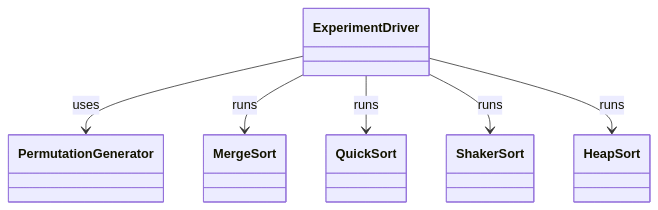
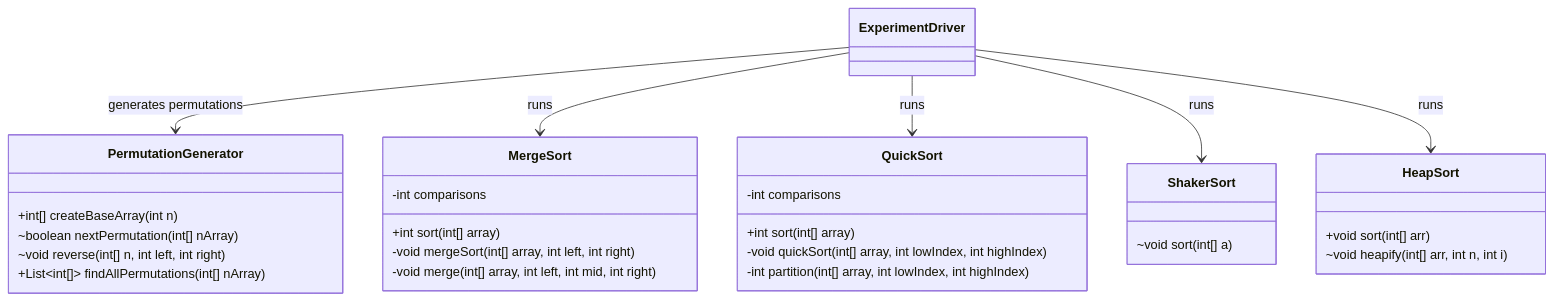
One commit to Treydonde/CS2430_Project1 changed the diagram in docs/UML.md. Above: the diagram before and after it, drawn with Mermaid.

Commit message:
Update UML for checkpoint
Added method signatures and relationships for classes in the UML diagram.

````diff
--- a/docs/UML.md
+++ b/docs/UML.md
@@ -5,15 +5,41 @@
 ```mermaid
 classDiagram
+
     class ExperimentDriver
-    class PermutationGenerator
-    class MergeSort
-    class QuickSort
-    class ShakerSort
-    class HeapSort
 
-    ExperimentDriver --> PermutationGenerator : uses
+    class PermutationGenerator {
+        +int[] createBaseArray(int n)
+        ~boolean nextPermutation(int[] nArray)
+        ~void reverse(int[] n, int left, int right)
+        +List~int[]~ findAllPermutations(int[] nArray)
+    }
+
+    class MergeSort {
+        -int comparisons
+        +int sort(int[] array)
+        -void mergeSort(int[] array, int left, int right)
+        -void merge(int[] array, int left, int mid, int right)
+    }
+
+    class QuickSort {
+        -int comparisons
+        +int sort(int[] array)
+        -void quickSort(int[] array, int lowIndex, int highIndex)
+        -int partition(int[] array, int lowIndex, int highIndex)
+    }
+
+    class ShakerSort {
+        ~void sort(int[] a)
+    }
+
+    class HeapSort {
+        +void sort(int[] arr)
+        ~void heapify(int[] arr, int n, int i)
+    }
+
+    ExperimentDriver --> PermutationGenerator : generates permutations
     ExperimentDriver --> MergeSort : runs
     ExperimentDriver --> QuickSort : runs
     ExperimentDriver --> ShakerSort : runs
     ExperimentDriver --> HeapSort : runs
 ```
````
